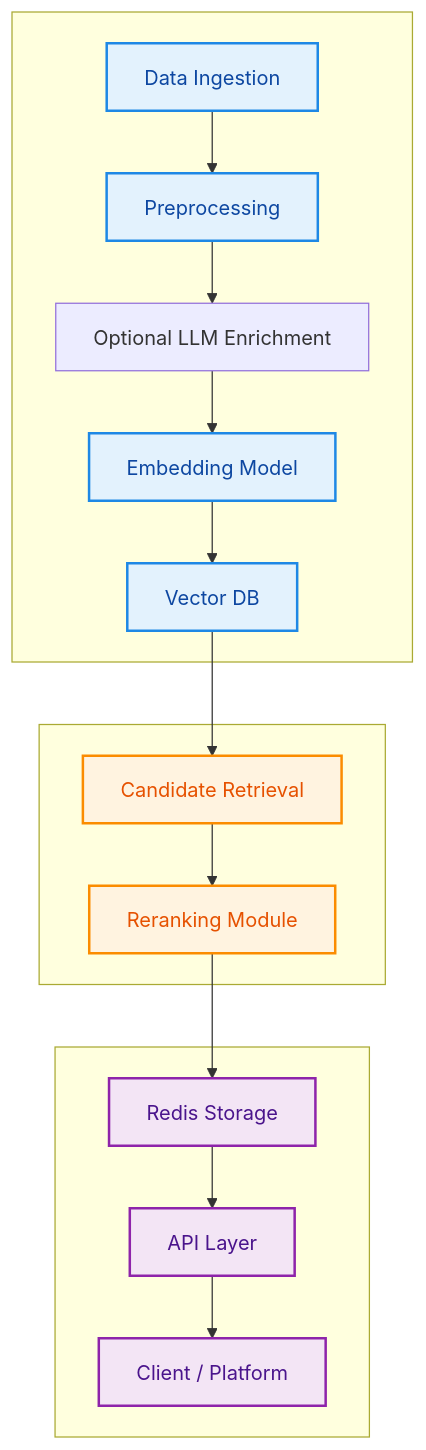
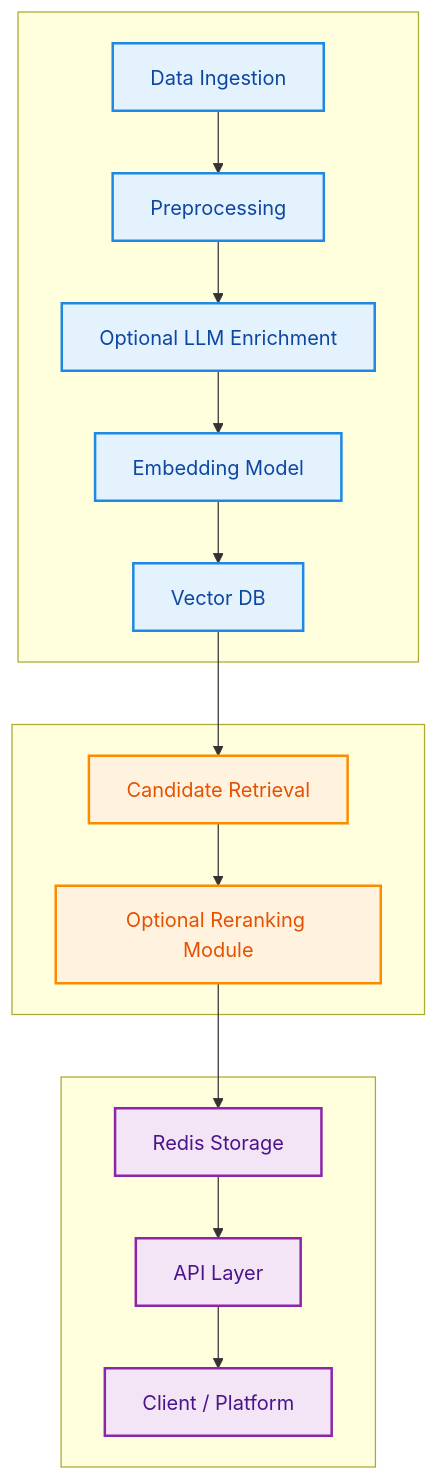
Before and after one commit to datagems-eosc/dataset-recsys: the diagram in docs/source/architecture.md, drawn with Mermaid. The commit also changed 2 other files, not shown here.

Commit message:
> update docs

````diff
--- a/docs/source/architecture.md
+++ b/docs/source/architecture.md
@@ -7,39 +7,39 @@
 ```mermaid
 %%{init: {'flowchart': {'nodeSpacing': 22, 'rankSpacing': 22, 'curve': 'linear'}, 'themeVariables': {'fontSize': '12px', 'lineColor': '#9E9E9E', 'edgeLabelBackground':'#ffffff', 'primaryBorderColor':'#BDBDBD', 'clusterBorder':'#E0E0E0', 'lineWidth':'0\.9px'}}}%%
 flowchart TB
 
 
     %% Representation Pipeline
     subgraph Representation[ ]
         A[Data Ingestion] --> B[Preprocessing]
         B --> E[Optional LLM Enrichment]
         E --> C[Embedding Model]
         C --> D[Vector DB]
     end
 
 
     %% Retrieval
     subgraph Retrieval[ ]
         D --> F[Candidate Retrieval]
-        F --> G[Reranking Module]
+        F --> G[Optional Reranking Module]
     end
 
 
     %% Serving
     subgraph Serving[ ]
         G --> I[Redis Storage]
         I --> J[API Layer]
         J --> K[Client / Platform]
     end
 
     %% Styling
     classDef update fill:#E3F2FD,stroke:#1E88E5,stroke-width:2px,color:#0D47A1;
     classDef retrieval fill:#FFF3E0,stroke:#FB8C00,stroke-width:2px,color:#E65100;
     classDef serving fill:#F3E5F5,stroke:#8E24AA,stroke-width:2px,color:#4A148C;
     classDef header fill:#FFFFFF,stroke:#BDBDBD,stroke-width:1.5px,color:#333333;
 
-    class A,B,C,D update;
+    class A,B,C,D,E update;
     class F,G retrieval;
     class I,J,K serving;
 
 ```
````
